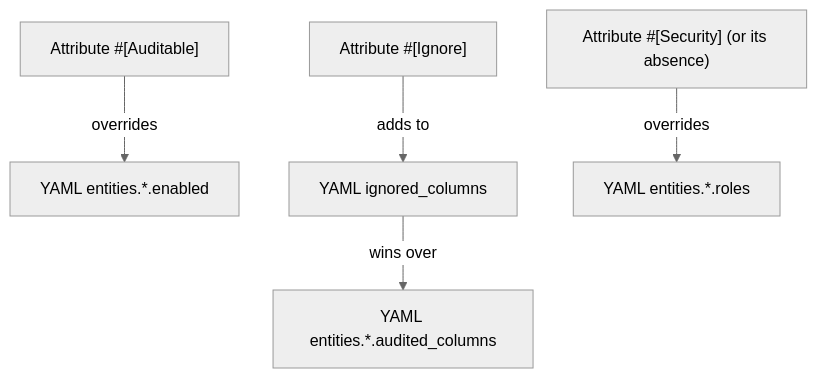
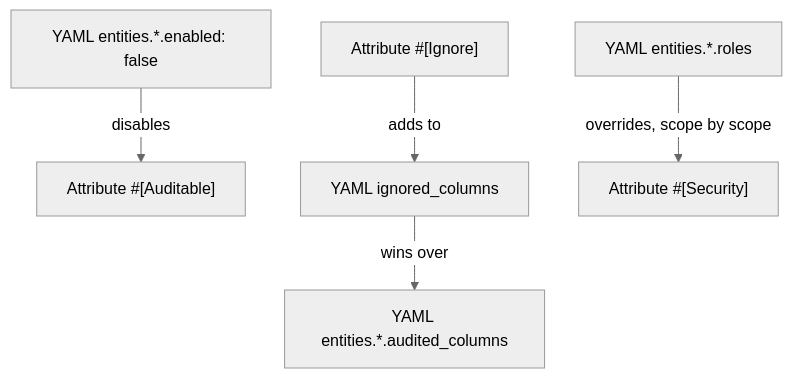
Before and after one commit to DamienHarper/auditor-bundle: the diagram in docs/configuration/attributes.md, drawn with Mermaid (neutral theme). The commit also changed other lines of this file, not shown here.

Commit message:
docs(attributes): YAML enabled: false and roles apply to #[Auditable] entities (#685)

````diff
--- a/docs/configuration/attributes.md
+++ b/docs/configuration/attributes.md
@@ -209,7 +209,7 @@
 ```mermaid
 flowchart TD
-    A["Attribute #[Auditable]"] -->|overrides| B["YAML entities.*.enabled"]
+    B["YAML entities.*.enabled: false"] -->|disables| A["Attribute #[Auditable]"]
     C["Attribute #[Ignore]"] -->|adds to| D["YAML ignored_columns"]
     D -->|wins over| G["YAML entities.*.audited_columns"]
-    E["Attribute #[Security] (or its absence)"] -->|overrides| F["YAML entities.*.roles"]
+    F["YAML entities.*.roles"] -->|overrides, scope by scope| E["Attribute #[Security]"]
 ```
````
